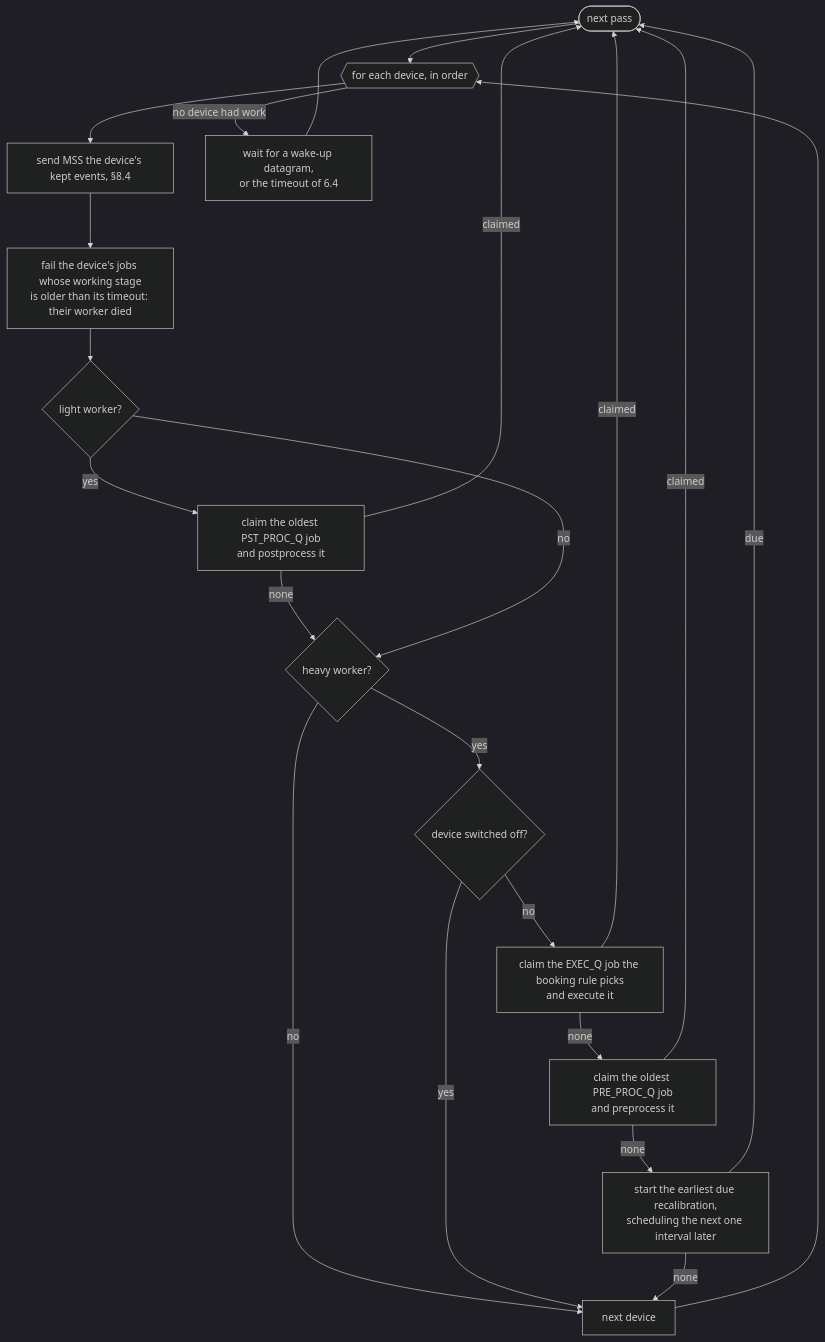
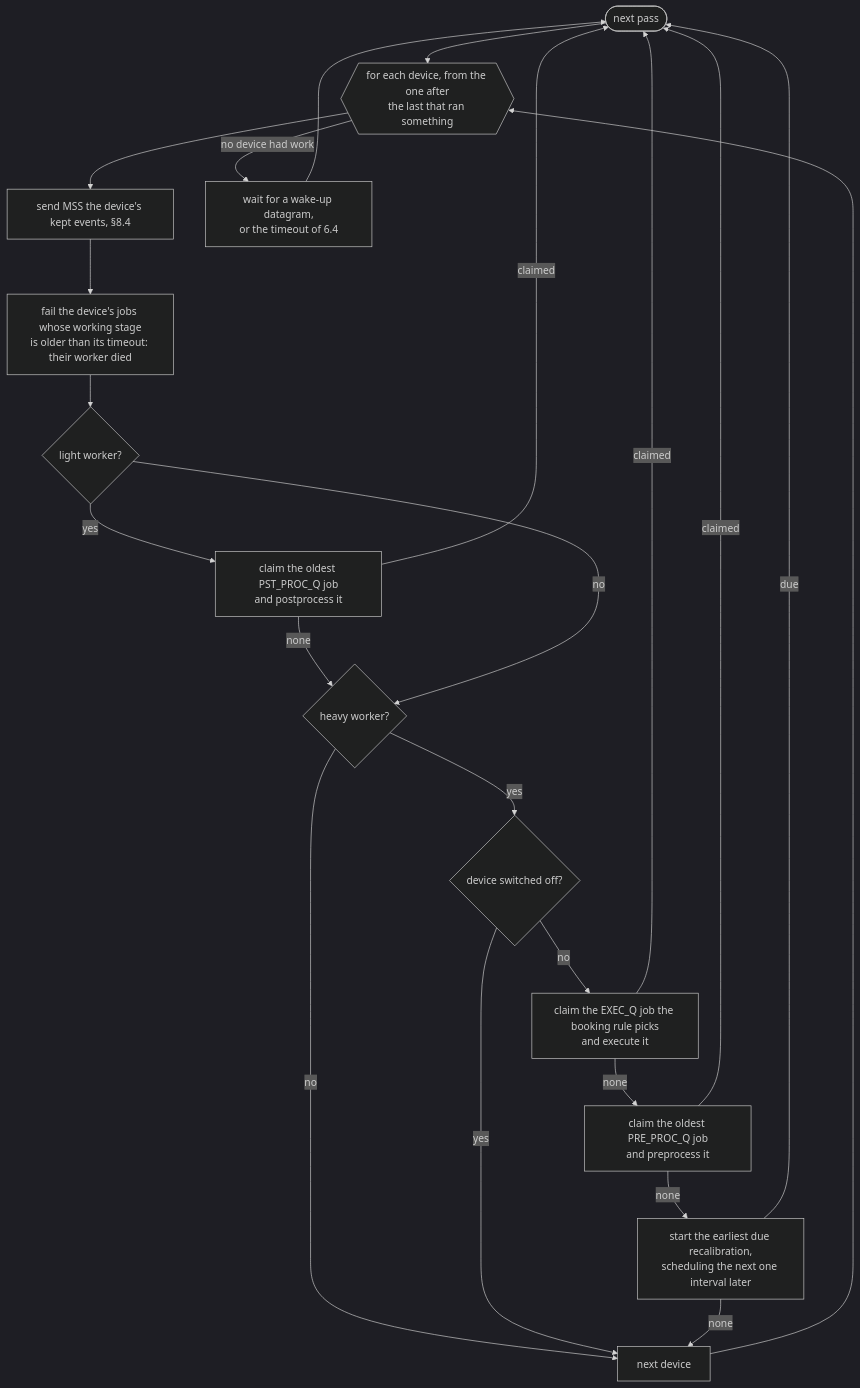
Before and after one commit to tergite/tergite-backend: the fourth of 9 diagrams in DESIGN.md, drawn with Mermaid (dark theme). The commit also changed other lines of this file and 3 other files, not shown here.

````diff
--- a/DESIGN.md
+++ b/DESIGN.md
@@ -293,24 +293,24 @@
 ```mermaid
 flowchart TD
-    start([next pass]) --> dev{{for each device, in order}}
+    start([next pass]) --> dev{{for each device, from the one after<br/>the last that ran something}}
     dev --> kept[send MSS the device's kept events, §8.4]
     kept --> overdue[fail the device's jobs whose working stage<br/>is older than its timeout: their worker died]
     overdue --> light{light worker?}
     light -- yes --> post[claim the oldest PST_PROC_Q job<br/>and postprocess it]
     post -- claimed --> start
     post -- none --> heavy
     light -- no --> heavy{heavy worker?}
     heavy -- no --> nextdev[next device]
     heavy -- yes --> off{device switched off?}
     off -- yes --> nextdev
     off -- no --> exec[claim the EXEC_Q job the booking rule picks<br/>and execute it]
     exec -- claimed --> start
     exec -- none --> pre[claim the oldest PRE_PROC_Q job<br/>and preprocess it]
     pre -- claimed --> start
     pre -- none --> recal[start the earliest due recalibration,<br/>scheduling the next one interval later]
     recal -- due --> start
     recal -- none --> nextdev
     nextdev --> dev
     dev -- no device had work --> wait[wait for a wake-up datagram,<br/>or the timeout of 6.4]
     wait --> start
 ```
````
